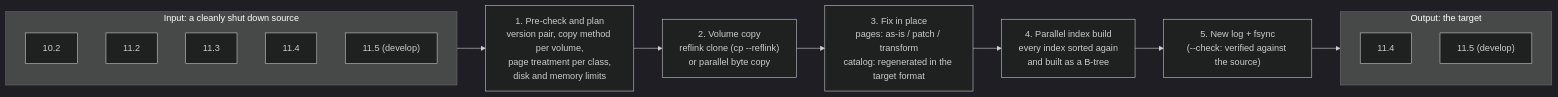
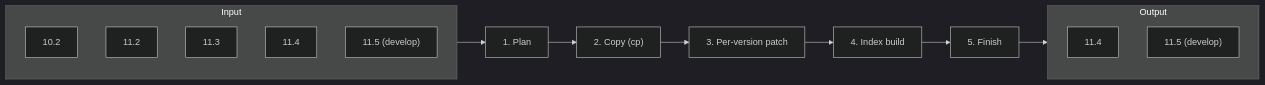
One commit to xmilex-git/cubrid-fastmig changed the diagram in README.en.md. Above: the diagram before and after it, drawn with Mermaid (dark theme). The commit also changed other lines of this file and 1 other file, not shown here.

Commit message:
README: short step names in the diagram (plan, copy, per-version patch, index build, finish) and a plainer disk/memory heading
Claude-Session: https://claude.ai/code/session_01GF7ubhaHGZLNSW1WrHniQv

````diff
--- a/README.en.md
+++ b/README.en.md
@@ -47,25 +47,25 @@
 ```mermaid
 flowchart LR
-    subgraph IN["Input: a cleanly shut down source"]
+    subgraph IN["Input"]
         direction TB
         S102["10.2"]
         S112["11.2"]
         S113["11.3"]
         S114["11.4"]
         S115["11.5 (develop)"]
     end
 
-    P["1. Pre-check and plan<br/>version pair, copy method per volume,<br/>page treatment per class,<br/>disk and memory limits"]
-    C["2. Volume copy<br/>reflink clone (cp --reflink)<br/>or parallel byte copy"]
-    T["3. Fix in place<br/>pages: as-is / patch / transform<br/>catalog: regenerated in the target format"]
-    X["4. Parallel index build<br/>every index sorted again<br/>and built as a B-tree"]
-    F["5. New log + fsync<br/>(--check: verified against the source)"]
+    P["1. Plan"]
+    C["2. Copy (cp)"]
+    T["3. Per-version patch"]
+    X["4. Index build"]
+    F["5. Finish"]
 
-    subgraph OUT["Output: the target"]
+    subgraph OUT["Output"]
         direction TB
         T114["11.4"]
         T115["11.5 (develop)"]
     end
 
     IN --> P --> C --> T --> X --> F --> OUT
 ```
````
